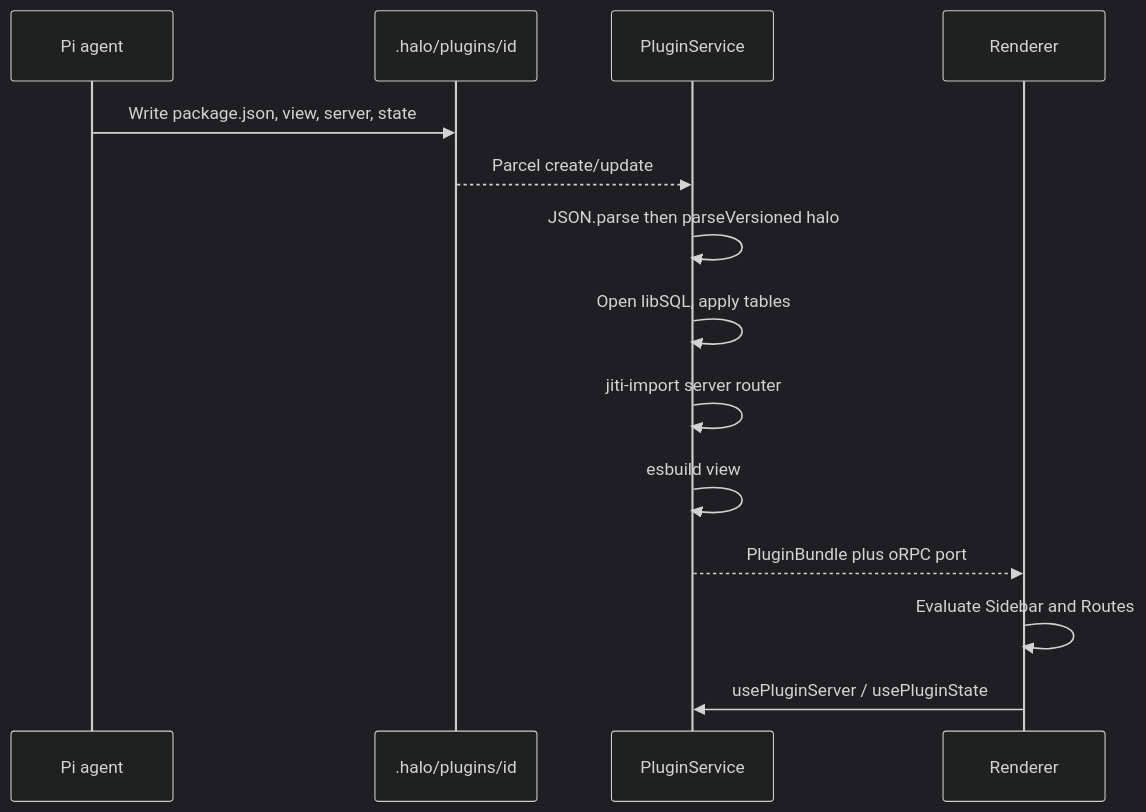
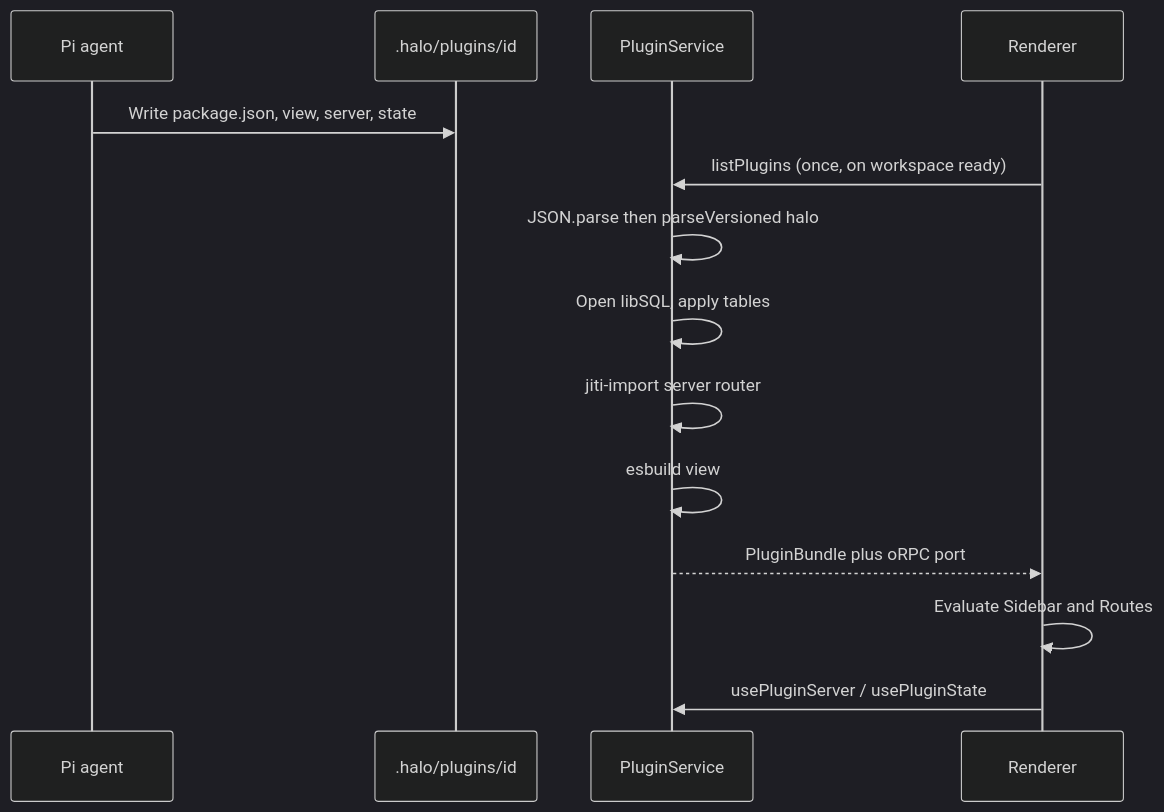
Before and after one commit to tanishqkancharla/halo-v2: the second of 2 diagrams in specs/plugin-system.md, drawn with Mermaid (dark theme). The commit also changed other lines of this file, not shown here.

````diff
--- a/specs/plugin-system.md
+++ b/specs/plugin-system.md
@@ -25,17 +25,17 @@
 ```mermaid
 sequenceDiagram
     participant Agent as Pi agent
     participant Disk as .halo/plugins/id
     participant Main as PluginService
     participant UI as Renderer
 
     Agent->>Disk: Write package.json, view, server, state
-    Disk-->>Main: Parcel create/update
+    UI->>Main: listPlugins (once, on workspace ready)
     Main->>Main: JSON.parse then parseVersioned halo
     Main->>Main: Open libSQL, apply tables
     Main->>Main: jiti-import server router
     Main->>Main: esbuild view
     Main-->>UI: PluginBundle plus oRPC port
     UI->>UI: Evaluate Sidebar and Routes
     UI->>Main: usePluginServer / usePluginState
 ```
````
